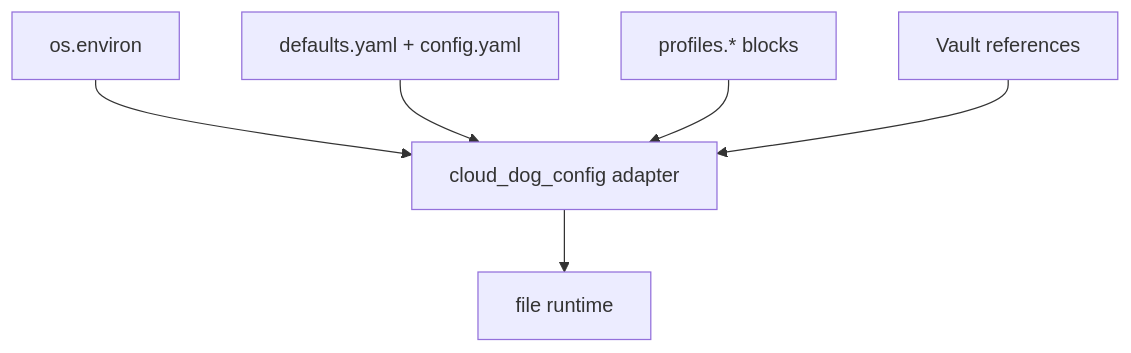
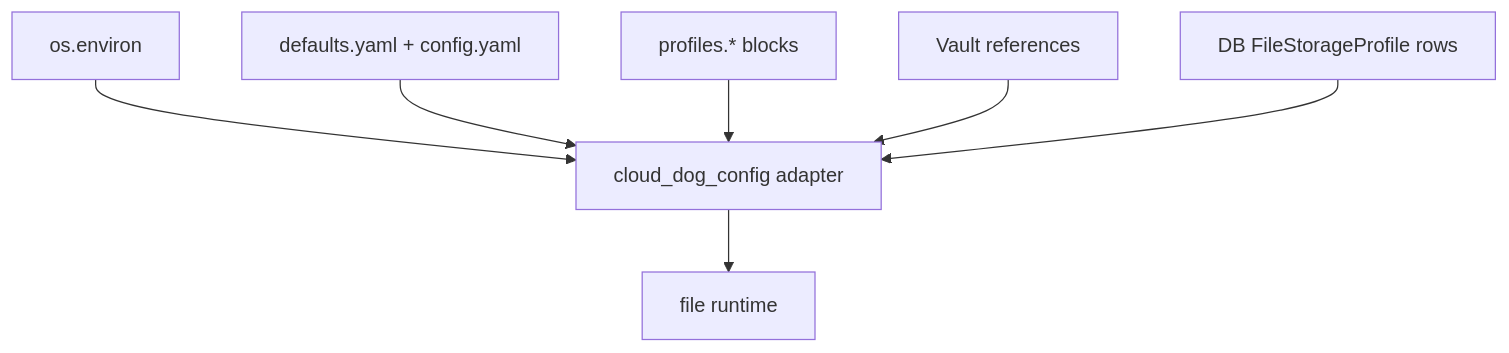
The fifth of 8 diagrams in docs/ARCHITECTURE.md (Cloud-Dog-AI/file-mcp-server), drawn with Mermaid before and after one commit. The commit also changed other lines of this file and 10 other files, not shown here.

````diff
--- a/docs/ARCHITECTURE.md
+++ b/docs/ARCHITECTURE.md
@@ -187,8 +338,9 @@
 ```mermaid
 graph TD
     ENV[os.environ] --> MERGE
     YAML[defaults.yaml + config.yaml] --> MERGE
     PROFILE[profiles.* blocks] --> MERGE
     VAULT[Vault references] --> MERGE
+    DBPROF[DB FileStorageProfile rows] --> MERGE
     MERGE[cloud_dog_config adapter] --> APP[file runtime]
 ```
````
